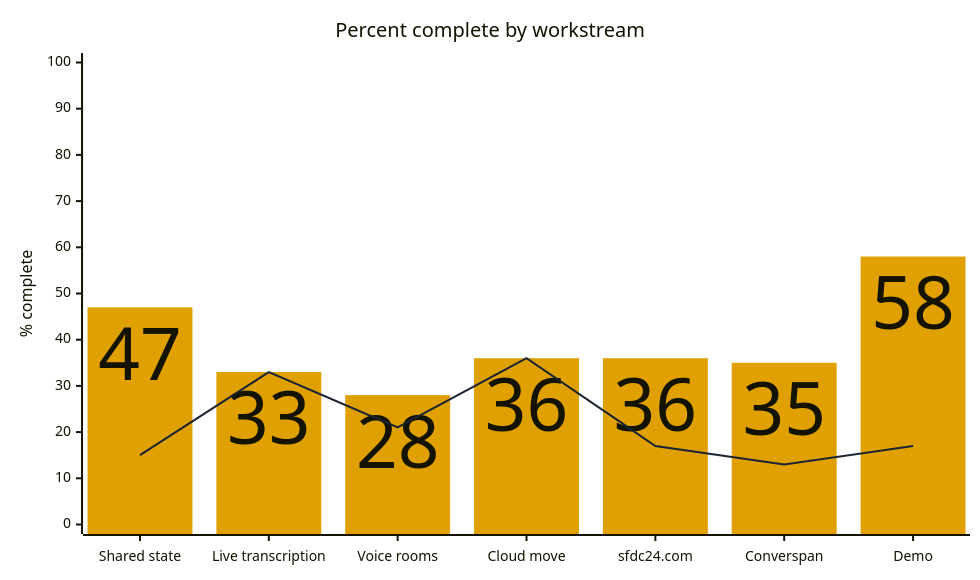
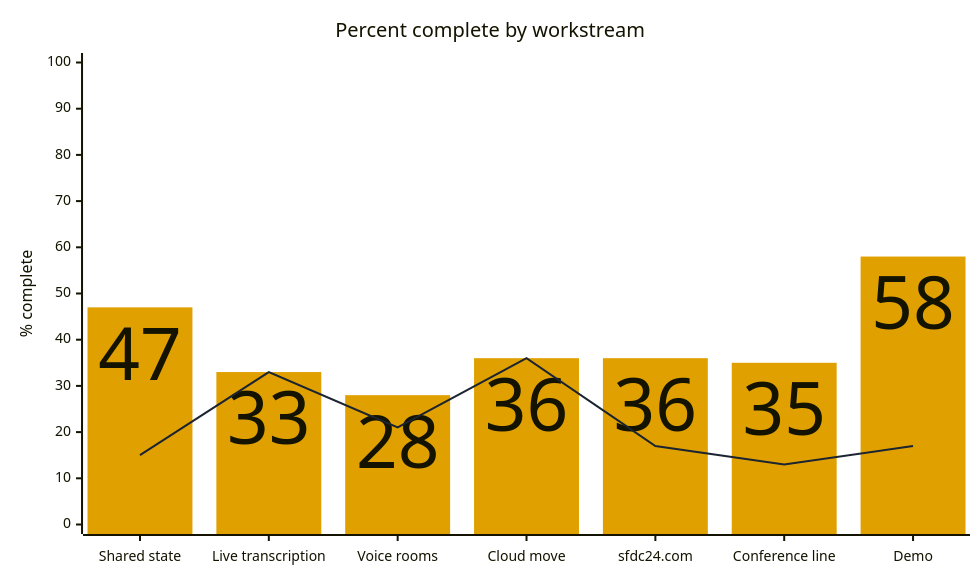
The diagram in assets/milestones/2026-10-08-progress.mmd (sfdc-24/sfdc24-site), drawn with Mermaid before and after one commit. The commit also changed 53 other files, not shown here.

First line of the commit message:
Keep sfdc24.com on its own conference room.

```diff
--- a/assets/milestones/2026-10-08-progress.mmd
+++ b/assets/milestones/2026-10-08-progress.mmd
@@ -1,18 +1,18 @@
 ---
 title: Percent complete by workstream
 config:
   xyChart:
     width: 960
     height: 560
     titlePadding: 8
     showDataLabel: true
   themeVariables:
     xyChart:
       plotColorPalette: "#e0a100, #1b2430"
 ---
 %% Percent = (done + 0.5 x in progress) / all milestones. Figures are copied from the Oct 8 source.
 xychart-beta
-    x-axis ["Shared state", "Live transcription", "Voice rooms", "Cloud move", "sfdc24.com", "Converspan", "Demo"]
+    x-axis ["Shared state", "Live transcription", "Voice rooms", "Cloud move", "sfdc24.com", "Conference line", "Demo"]
     y-axis "% complete" 0 --> 100
     bar [47, 33, 28, 36, 36, 35, 58]
     line [15, 33, 21, 36, 17, 13, 17]
```
